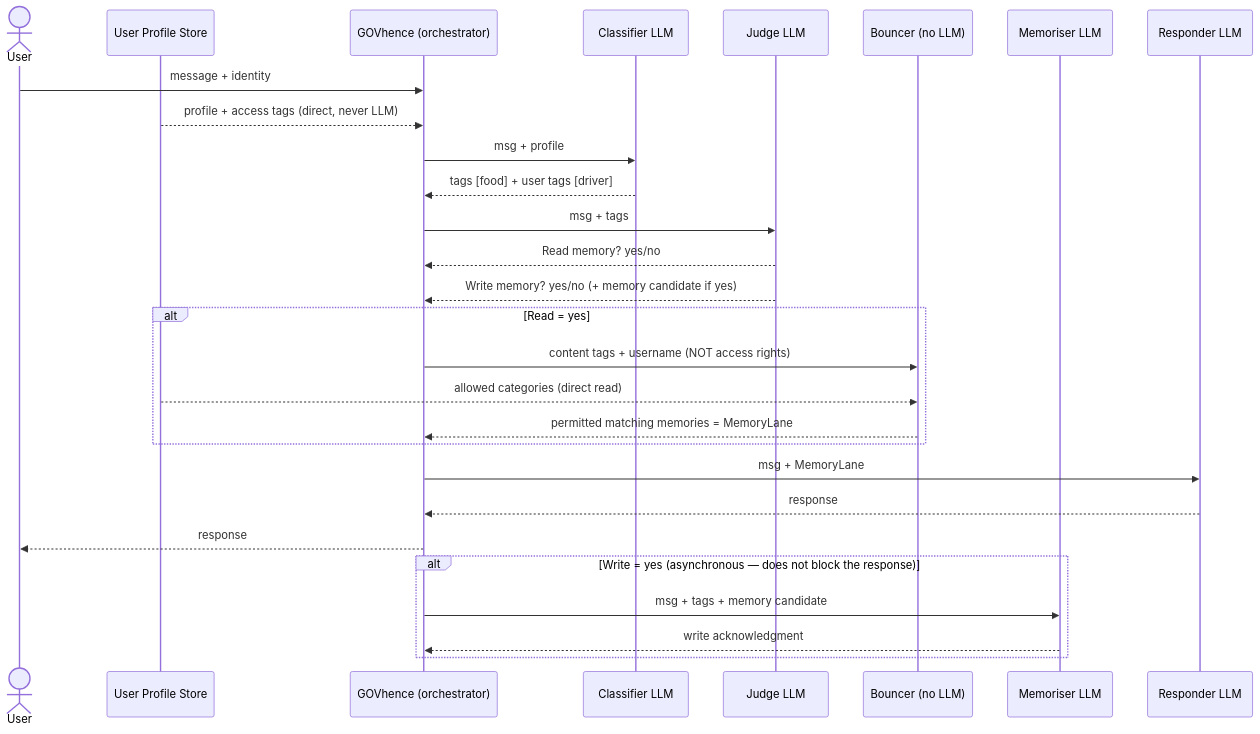
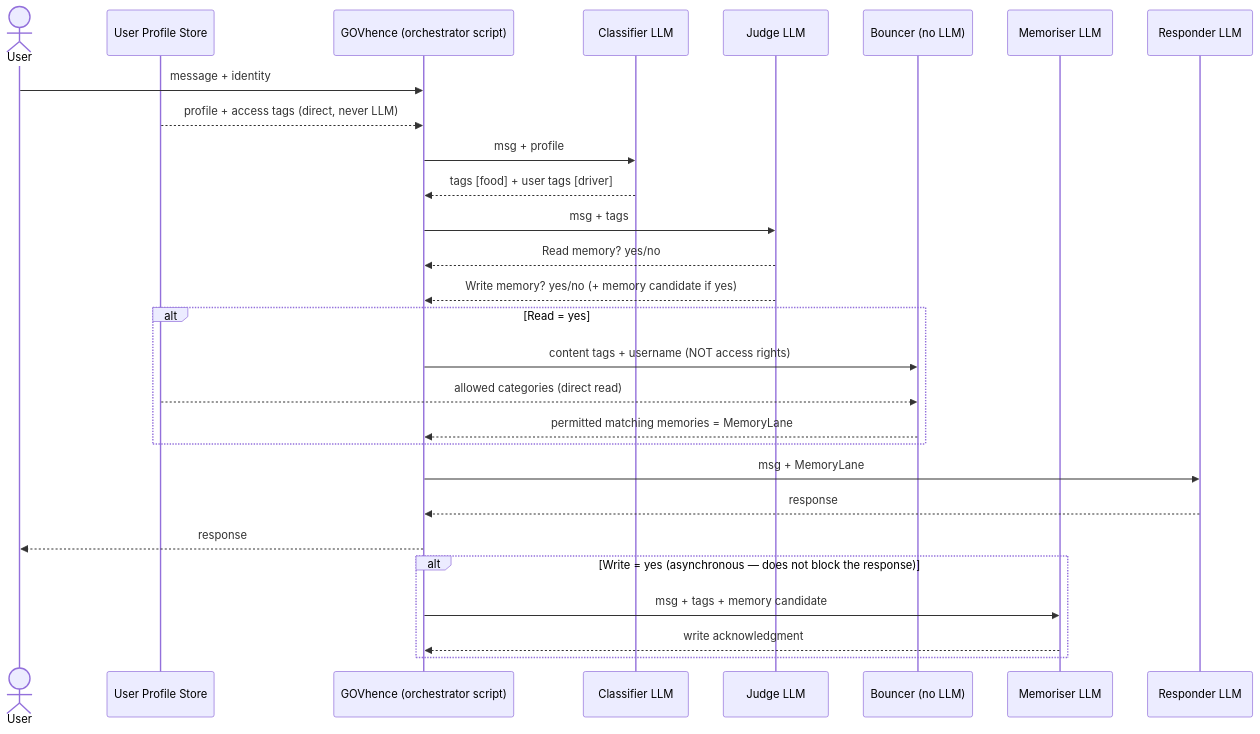
Before and after one commit to alexisdacquay/imperial-hackathon-2026-GOVhence: the first of 2 diagrams in UK-AI-Agent-EP5/submissions/team-one/PRD-2026-07-01.md, drawn with Mermaid. The commit also changed other lines of this file and 1 other file, not shown here.

First line of the commit message:
GOVhence is a script, not an LLM — relabel across PRD + code

````diff
--- a/UK-AI-Agent-EP5/submissions/team-one/PRD-2026-07-01.md
+++ b/UK-AI-Agent-EP5/submissions/team-one/PRD-2026-07-01.md
@@ -95,36 +95,36 @@
 ```mermaid
 sequenceDiagram
     actor User
     participant Profile as User Profile Store
-    participant GOV as GOVhence (orchestrator)
+    participant GOV as GOVhence (orchestrator script)
     participant Classifier as Classifier LLM
     participant Judge as Judge LLM
     participant Bouncer as Bouncer (no LLM)
     participant Memoriser as Memoriser LLM
     participant Responder as Responder LLM
 
     User->>GOV: message + identity
     Profile-->>GOV: profile + access tags (direct, never LLM)
 
     GOV->>Classifier: msg + profile
     Classifier-->>GOV: tags [food] + user tags [driver]
 
     GOV->>Judge: msg + tags
     Judge-->>GOV: Read memory? yes/no
     Judge-->>GOV: Write memory? yes/no (+ memory candidate if yes)
 
     alt Read = yes
         GOV->>Bouncer: content tags + username (NOT access rights)
         Profile-->>Bouncer: allowed categories (direct read)
         Bouncer-->>GOV: permitted matching memories = MemoryLane
     end
 
     GOV->>Responder: msg + MemoryLane
     Responder-->>GOV: response
     GOV-->>User: response
 
     alt Write = yes (asynchronous — does not block the response)
         GOV->>Memoriser: msg + tags + memory candidate
         Memoriser-->>GOV: write acknowledgment
     end
 ```
````
